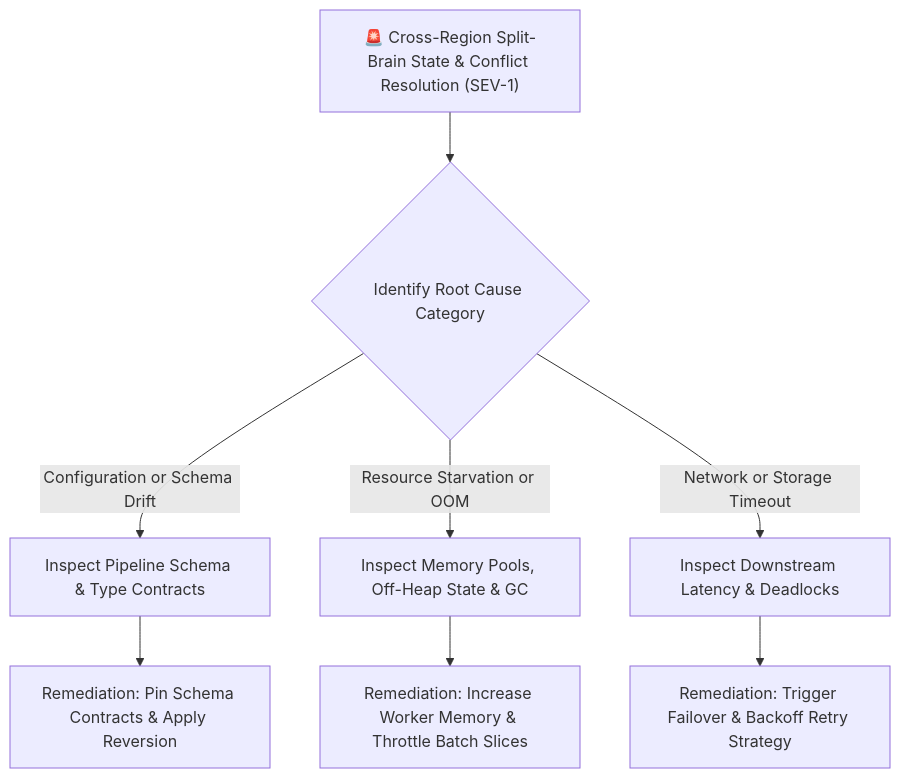
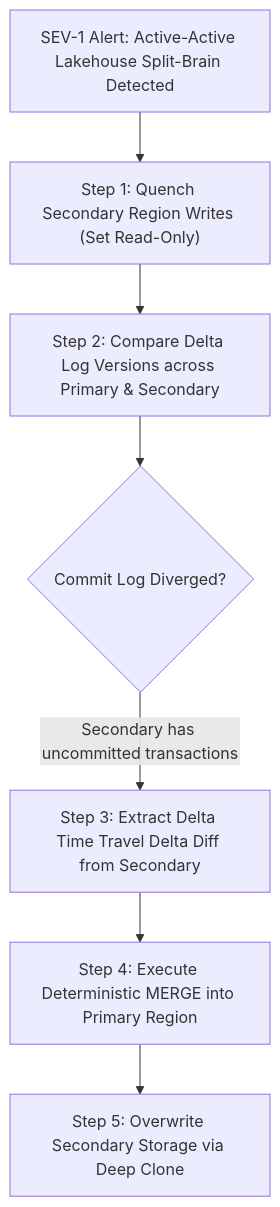
One commit to santoshjammi29/data-system-design-handbook changed the diagram in runbooks/01_cross_region_split_brain_conflict_resolution.md. Above: the diagram before and after it, drawn with Mermaid. The commit also changed other lines of this file and 11 other files, not shown here.

````diff
--- a/runbooks/01_cross_region_split_brain_conflict_resolution.md
+++ b/runbooks/01_cross_region_split_brain_conflict_resolution.md
@@ -11,12 +12,11 @@
 ```mermaid
 flowchart TD
-    Alert["🚨 Cross-Region Split-Brain State & Conflict Resolution (SEV-1)"] --> TriageCategory{"Identify Root Cause Category"}
+    Alert["SEV-1 Alert: Active-Active Lakehouse Split-Brain Detected"] --> IsolateSecondary["Step 1: Quench Secondary Region Writes (Set Read-Only)"]
+    IsolateSecondary --> CompareCommitLogs["Step 2: Compare Delta Log Versions across Primary & Secondary"]
     
-    TriageCategory -->|"Configuration or Schema Drift"| ConfigTriage["Inspect Pipeline Schema & Type Contracts"]
-    TriageCategory -->|"Resource Starvation or OOM"| ResourceTriage["Inspect Memory Pools, Off-Heap State & GC"]
-    TriageCategory -->|"Network or Storage Timeout"| NetworkTriage["Inspect Downstream Latency & Deadlocks"]
-
-    ConfigTriage --> FixConfig["Remediation: Pin Schema Contracts & Apply Reversion"]
-    ResourceTriage --> FixResource["Remediation: Increase Worker Memory & Throttle Batch Slices"]
-    NetworkTriage --> FixNetwork["Remediation: Trigger Failover & Backoff Retry Strategy"]
+    CompareCommitLogs --> DivergenceCheck{"Commit Log Diverged?"}
+    DivergenceCheck -->|"Secondary has uncommitted transactions"| ExtractDiff["Step 3: Extract Delta Time Travel Delta Diff from Secondary"]
+    
+    ExtractDiff --> ReconcilePrimary["Step 4: Execute Deterministic MERGE into Primary Region"]
+    ReconcilePrimary --> ResyncSecondary["Step 5: Overwrite Secondary Storage via Deep Clone"]
 ```
````
